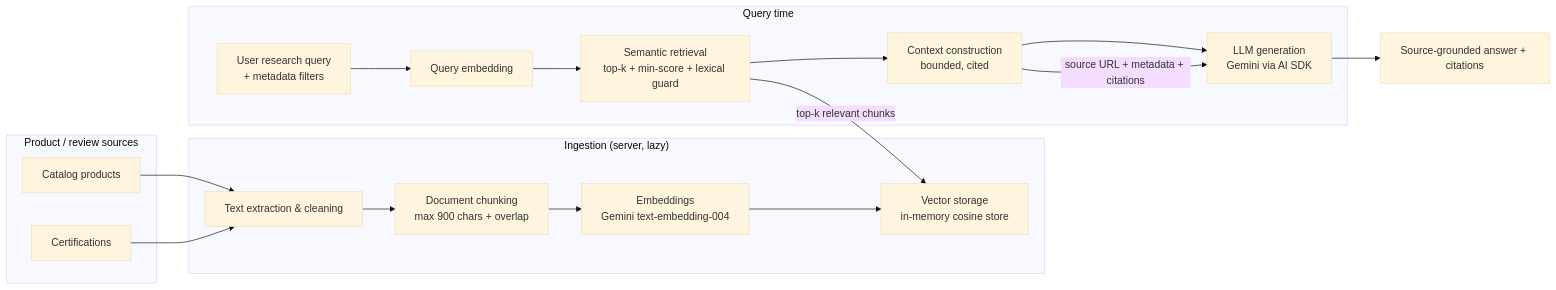
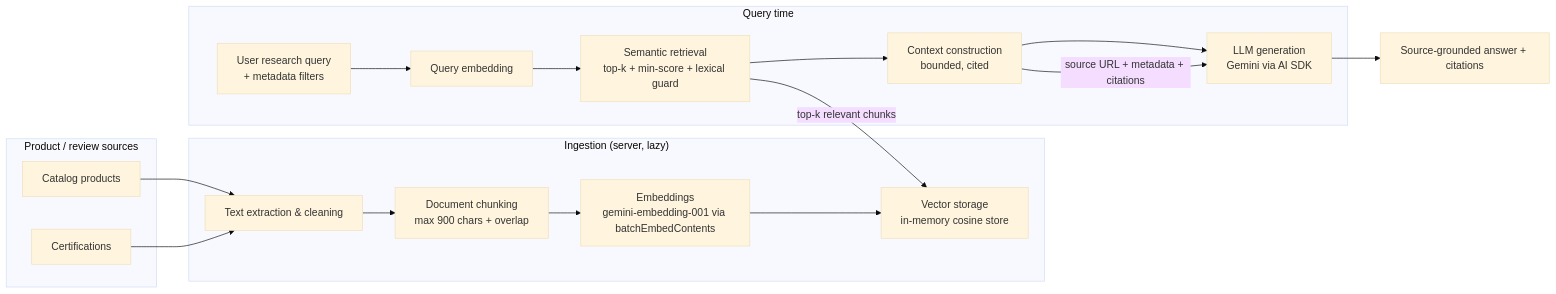
The second of 2 diagrams in README.md (kapil-77/verifybuy), drawn with Mermaid (base theme) before and after one commit. The commit also changed other lines of this file and 1 other file, not shown here.

Commit message:
updated readme with files

````diff
--- a/README.md
+++ b/README.md
@@ -489,31 +489,31 @@
 ```mermaid
 flowchart LR
     subgraph Sources["Product / review sources"]
         S1[Catalog products]
         S2[Certifications]
     end
 
     subgraph Ingestion["Ingestion (server, lazy)"]
         I1[Text extraction & cleaning]
         I2[Document chunking<br/>max 900 chars + overlap]
-        I3[Embeddings<br/>Gemini text-embedding-004]
+        I3[Embeddings<br/>gemini-embedding-001 via batchEmbedContents]
         I4[Vector storage<br/>in-memory cosine store]
     end
 
     subgraph Query["Query time"]
         Q1[User research query<br/>+ metadata filters]
         Q2[Query embedding]
         Q3[Semantic retrieval<br/>top-k + min-score + lexical guard]
         Q4[Context construction<br/>bounded, cited]
         Q5[LLM generation<br/>Gemini via AI SDK]
     end
 
     S1 --> I1
     S2 --> I1
     I1 --> I2 --> I3 --> I4
     Q1 --> Q2 --> Q3
     Q3 -->|top-k relevant chunks| I4
     Q3 --> Q4 --> Q5
     Q4 -->|source URL + metadata + citations| Q5
     Q5 --> R1[Source-grounded answer + citations]
 ```
````
